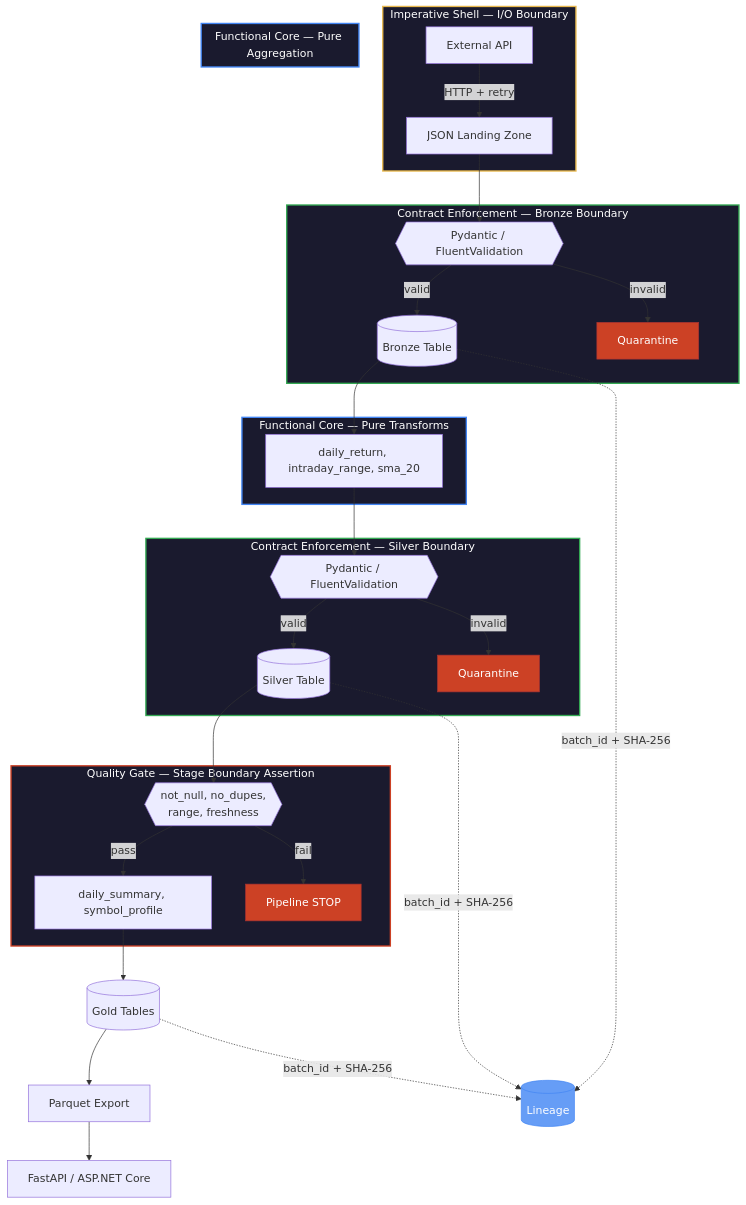
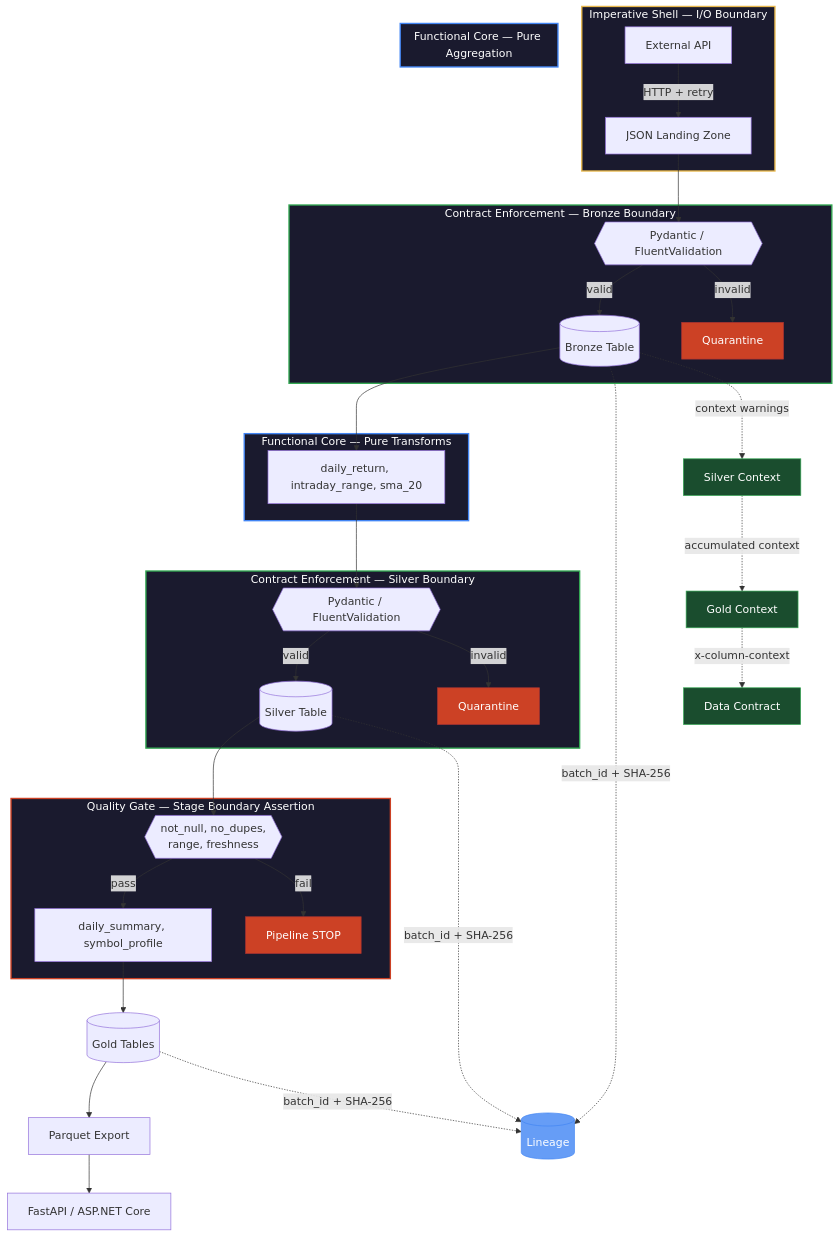
The diagram in content/14-Data-Architecture/Pipeline-Patterns/functional-pipeline-architecture.md (alp78/elysium), drawn with Mermaid before and after one commit. The commit also changed other lines of this file and 16 other files, not shown here.

````diff
--- a/content/14-Data-Architecture/Pipeline-Patterns/functional-pipeline-architecture.md
+++ b/content/14-Data-Architecture/Pipeline-Patterns/functional-pipeline-architecture.md
@@ -58,51 +58,58 @@
 ```mermaid
 flowchart TB
     subgraph FETCH["Imperative Shell — I/O Boundary"]
         API[External API] -->|HTTP + retry| LAND[JSON Landing Zone]
     end
 
     subgraph BRONZE_GATE["Contract Enforcement — Bronze Boundary"]
         LAND --> VAL_B{{"Pydantic / FluentValidation"}}
         VAL_B -->|valid| BRONZE[(Bronze Table)]
         VAL_B -->|invalid| DLQ_B[Quarantine]
     end
 
     subgraph SILVER_STAGE["Functional Core — Pure Transforms"]
         BRONZE --> TRANSFORM_S["daily_return, intraday_range, sma_20"]
     end
 
     subgraph SILVER_GATE["Contract Enforcement — Silver Boundary"]
         TRANSFORM_S --> VAL_S{{"Pydantic / FluentValidation"}}
         VAL_S -->|valid| SILVER[(Silver Table)]
         VAL_S -->|invalid| DLQ_S[Quarantine]
     end
 
     subgraph QUALITY["Quality Gate — Stage Boundary Assertion"]
         SILVER --> QG{{"not_null, no_dupes,\nrange, freshness"}}
         QG -->|pass| TRANSFORM_G
         QG -->|fail| STOP[Pipeline STOP]
     end
 
     subgraph GOLD_STAGE["Functional Core — Pure Aggregation"]
         TRANSFORM_G["daily_summary, symbol_profile"]
     end
 
     TRANSFORM_G --> GOLD[(Gold Tables)]
     GOLD --> PARQUET[Parquet Export]
     PARQUET --> SERVE["FastAPI / ASP.NET Core"]
 
     BRONZE -.->|batch_id + SHA-256| LINEAGE[(Lineage)]
     SILVER -.->|batch_id + SHA-256| LINEAGE
     GOLD -.->|batch_id + SHA-256| LINEAGE
 
+    BRONZE -.->|context warnings| CTX_S[Silver Context]
+    CTX_S -.->|accumulated context| CTX_G[Gold Context]
+    CTX_G -.->|x-column-context| CONTRACT[Data Contract]
+
     style FETCH fill:#1a1a2e,stroke:#e8b84d,stroke-width:2px,color:#fff
     style BRONZE_GATE fill:#1a1a2e,stroke:#34a853,stroke-width:2px,color:#fff
     style SILVER_STAGE fill:#1a1a2e,stroke:#4285f4,stroke-width:2px,color:#fff
     style SILVER_GATE fill:#1a1a2e,stroke:#34a853,stroke-width:2px,color:#fff
     style QUALITY fill:#1a1a2e,stroke:#cc4125,stroke-width:2px,color:#fff
     style GOLD_STAGE fill:#1a1a2e,stroke:#4285f4,stroke-width:2px,color:#fff
     style DLQ_B fill:#cc4125,stroke:#a33,color:#fff
     style DLQ_S fill:#cc4125,stroke:#a33,color:#fff
     style STOP fill:#cc4125,stroke:#a33,color:#fff
     style LINEAGE fill:#669df6,stroke:#4285f4,color:#fff
+    style CTX_S fill:#1a4d2e,stroke:#34a853,color:#fff
+    style CTX_G fill:#1a4d2e,stroke:#34a853,color:#fff
+    style CONTRACT fill:#1a4d2e,stroke:#34a853,color:#fff
 ```
````
